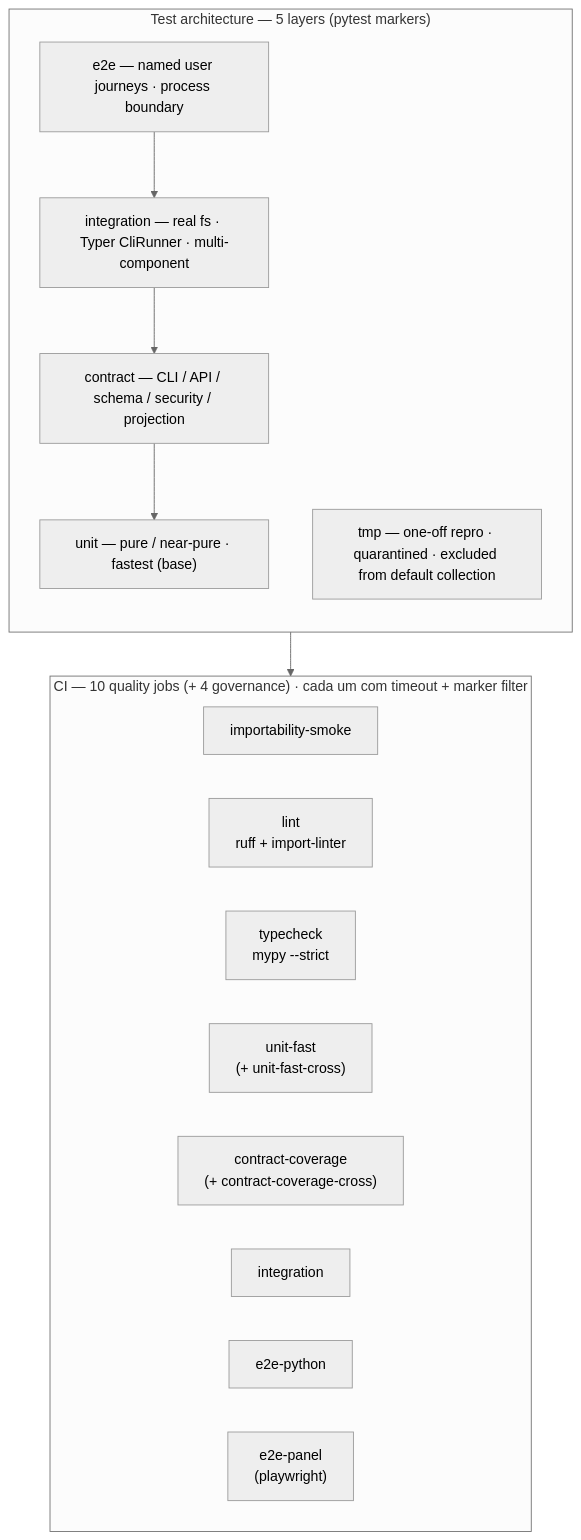
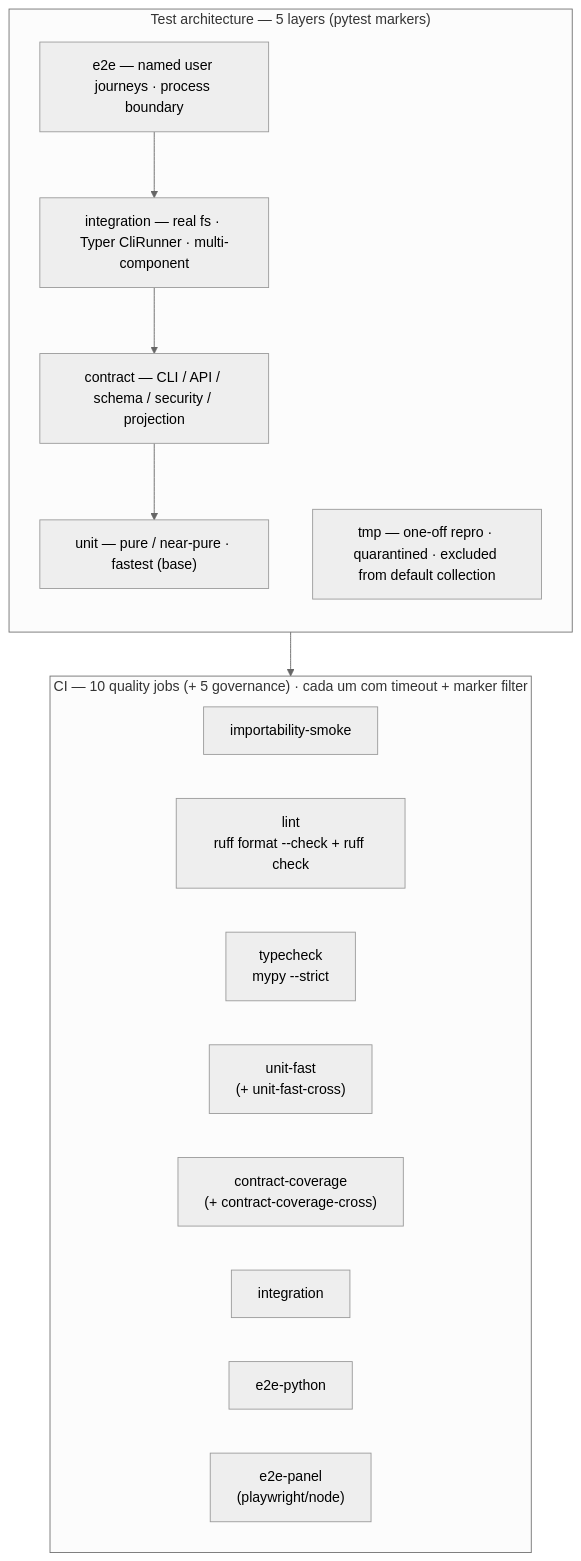
Before and after one commit to marcoaureliomenezes/dadaia-workspace: the diagram in specs/memory/quality-assurance.md, drawn with Mermaid (neutral theme). The commit also changed other lines of this file and 29 other files, not shown here.

````diff
--- a/specs/memory/quality-assurance.md
+++ b/specs/memory/quality-assurance.md
@@ -37,24 +45,24 @@
 ```mermaid
 flowchart TB
     subgraph PYR["Test architecture — 5 layers (pytest markers)"]
         direction TB
         E["e2e — named user journeys · process boundary"]
         IT["integration — real fs · Typer CliRunner · multi-component"]
         CT["contract — CLI / API / schema / security / projection"]
         U["unit — pure / near-pure · fastest (base)"]
         E --> IT --> CT --> U
         TM["tmp — one-off repro · quarantined · excluded from default collection"]
     end
     PYR --> CI
-    subgraph CI["CI — 10 quality jobs (+ 4 governance) · cada um com timeout + marker filter"]
+    subgraph CI["CI — 10 quality jobs (+ 5 governance) · cada um com timeout + marker filter"]
         direction LR
         J0["importability-smoke"]
-        J1["lint<br/>ruff + import-linter"]
+        J1["lint<br/>ruff format --check + ruff check"]
         J2["typecheck<br/>mypy --strict"]
         J3["unit-fast<br/>(+ unit-fast-cross)"]
         J4["contract-coverage<br/>(+ contract-coverage-cross)"]
         J5["integration"]
         J6["e2e-python"]
-        J7["e2e-panel<br/>(playwright)"]
+        J7["e2e-panel<br/>(playwright/node)"]
     end
 ```
````
